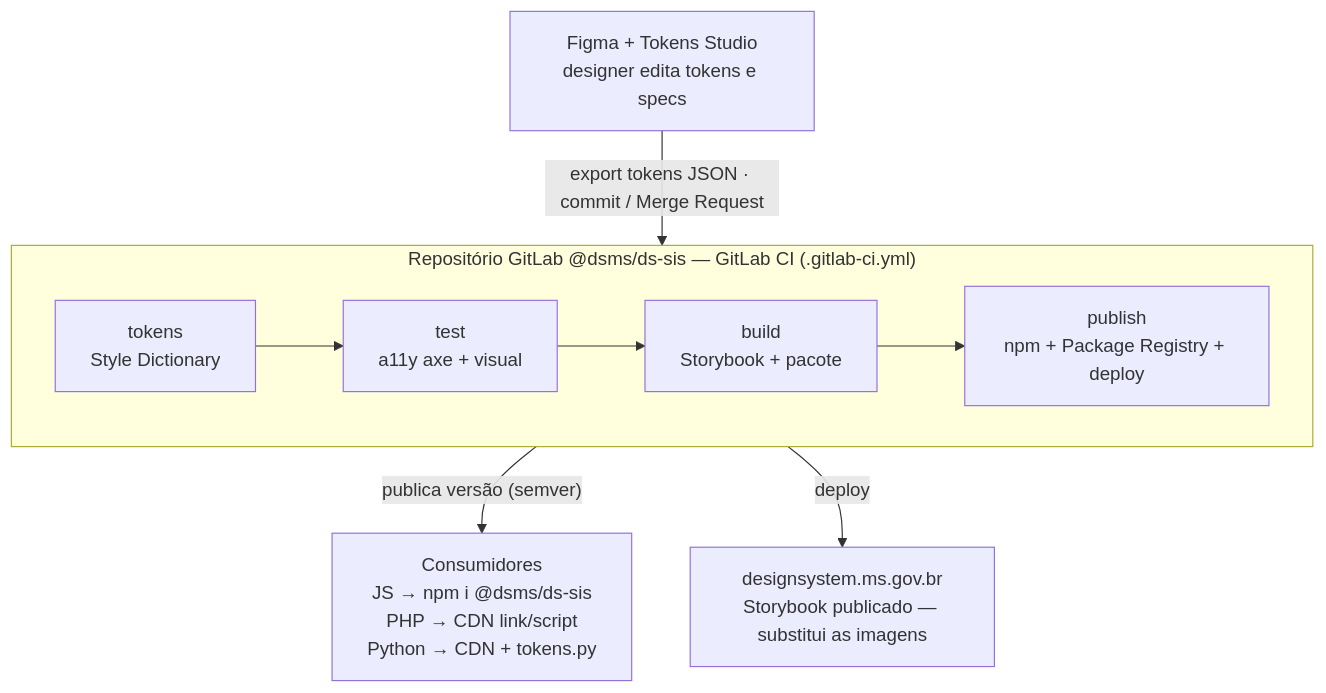
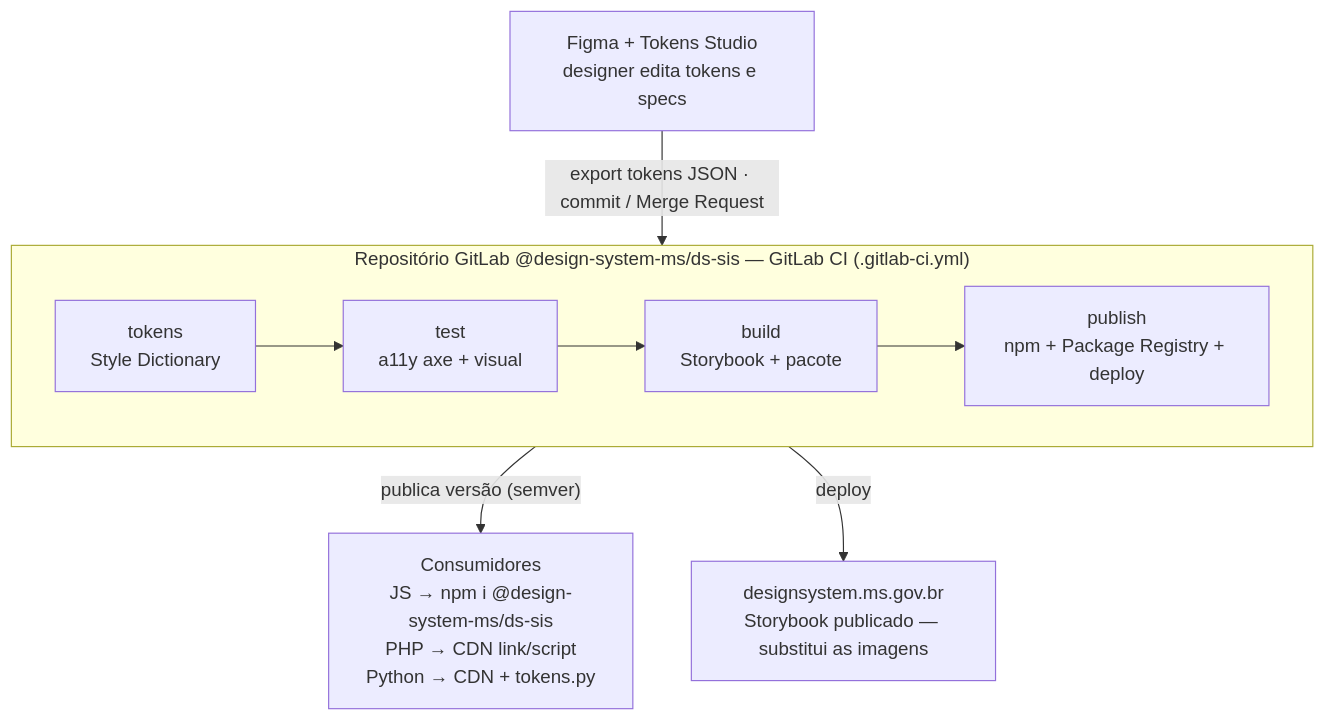
One commit to fabioramos-02/storybook-ds-ms changed the diagram in docs/02-ecossistema-e-fluxo.md. Above: the diagram before and after it, drawn with Mermaid. The commit also changed 16 other files, not shown here.

````diff
--- a/docs/02-ecossistema-e-fluxo.md
+++ b/docs/02-ecossistema-e-fluxo.md
@@ -5,11 +5,11 @@
 ```mermaid
 flowchart TD
     F["Figma + Tokens Studio<br/>designer edita tokens e specs"]
     F -->|"export tokens JSON · commit / Merge Request"| R
-    subgraph R["Repositório GitLab @dsms/ds-sis — GitLab CI (.gitlab-ci.yml)"]
+    subgraph R["Repositório GitLab @design-system-ms/ds-sis — GitLab CI (.gitlab-ci.yml)"]
         direction LR
         S1["tokens<br/>Style Dictionary"] --> S2["test<br/>a11y axe + visual"] --> S3["build<br/>Storybook + pacote"] --> S4["publish<br/>npm + Package Registry + deploy"]
     end
-    R -->|"publica versão (semver)"| CONS["Consumidores<br/>JS → npm i @dsms/ds-sis<br/>PHP → CDN link/script<br/>Python → CDN + tokens.py"]
+    R -->|"publica versão (semver)"| CONS["Consumidores<br/>JS → npm i @design-system-ms/ds-sis<br/>PHP → CDN link/script<br/>Python → CDN + tokens.py"]
     R -->|deploy| SITE["designsystem.ms.gov.br<br/>Storybook publicado — substitui as imagens"]
 ```
````
